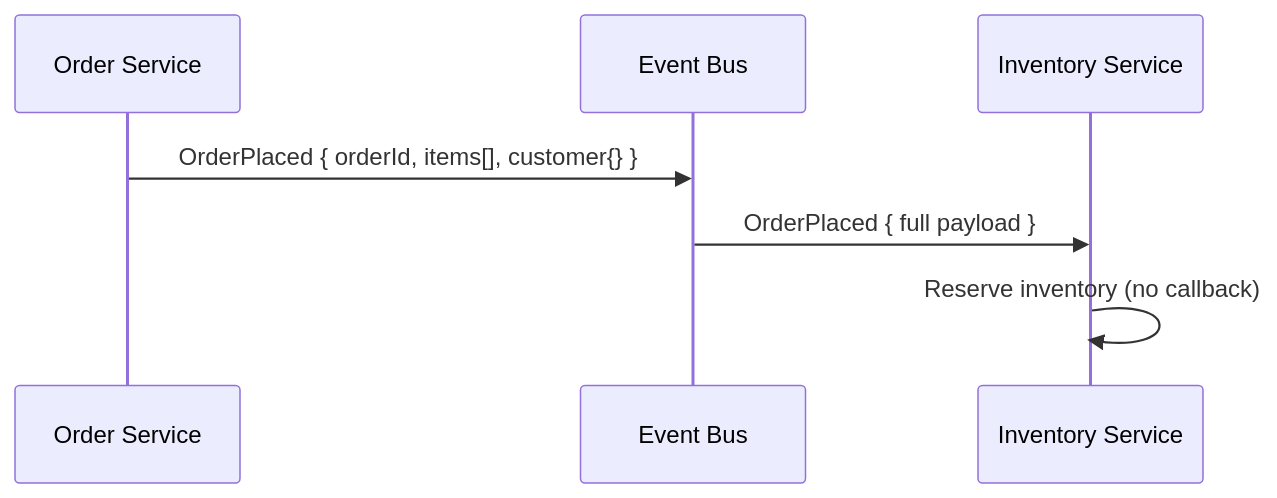
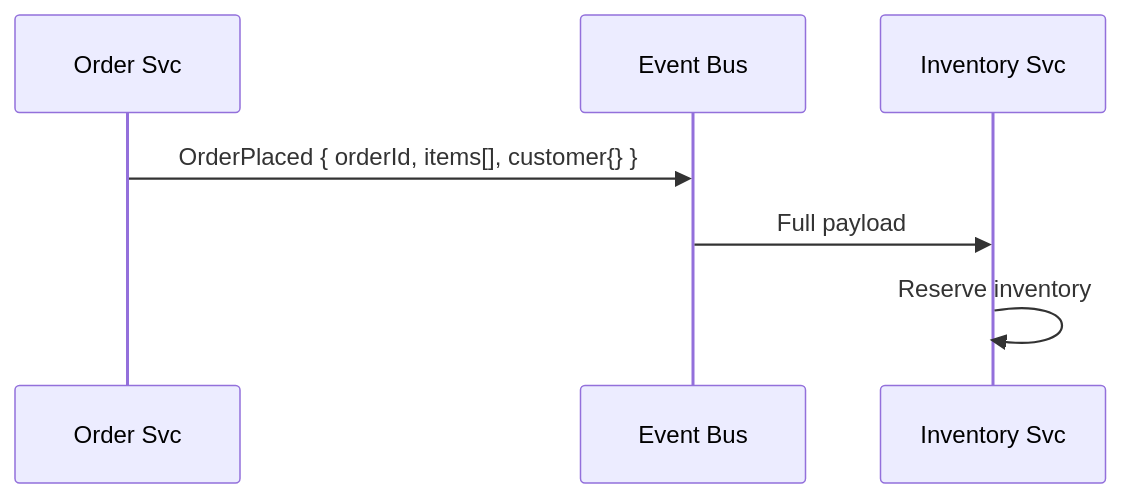
The fourth of 16 diagrams in Sessions/Event-Driven Architecture/Slides.md (calmrocks/system-design-dive-deep), drawn with Mermaid before and after one commit. The commit also changed other lines of this file and 2 other files, not shown here.

```diff
--- a/Sessions/Event-Driven Architecture/Slides.md
+++ b/Sessions/Event-Driven Architecture/Slides.md
@@ -212,10 +129,10 @@
 ~~~mermaid
 sequenceDiagram
-    participant OS as Order Service
+    participant OS as Order Svc
     participant EB as Event Bus
-    participant IS as Inventory Service
+    participant IS as Inventory Svc
 
     OS->>EB: OrderPlaced { orderId, items[], customer{} }
-    EB->>IS: OrderPlaced { full payload }
-    IS->>IS: Reserve inventory (no callback)
+    EB->>IS: Full payload
+    IS->>IS: Reserve inventory
 ~~~
```
